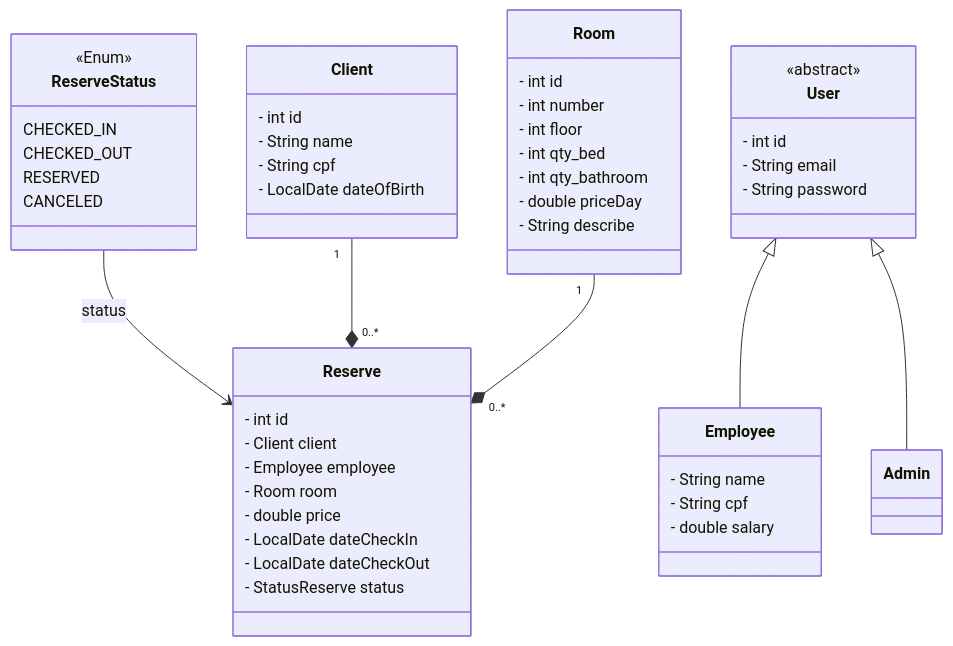
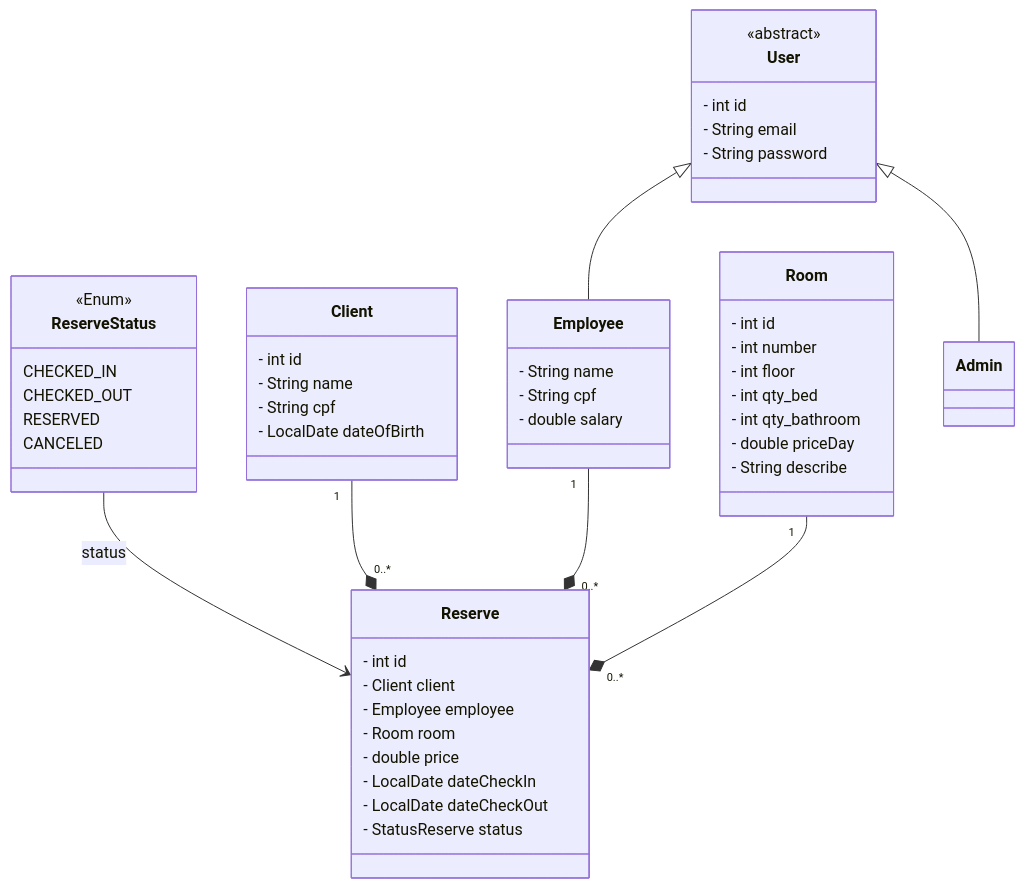
Before and after one commit to VzinCoder/lab-api-rest-nuvem-spring-dio: the diagram in README.md, drawn with Mermaid.

Commit message:
edir readme

````diff
--- a/README.md
+++ b/README.md
@@ -7,63 +7,64 @@
 ```mermaid
 classDiagram
     class Room {
         - int id
         - int number
         - int floor
         - int qty_bed
         - int qty_bathroom
         - double priceDay
         - String describe
     }
 
     class User {
         <<abstract>>
         - int id
         - String email
         - String password
     }
 
     class Employee {
         - String name
         - String cpf
         - double salary
      }
 
     class Client {
         - int id
         - String name
         - String cpf
         - LocalDate dateOfBirth
     }
 
 
    class  ReserveStatus {
         <<Enum>>
         CHECKED_IN
         CHECKED_OUT
         RESERVED
         CANCELED
     }
 
     class Reserve {
         - int id
         - Client client
         - Employee employee
         - Room room
         - double price
         - LocalDate dateCheckIn
         - LocalDate dateCheckOut
         - StatusReserve status
     }
 
 
 
 
 User <|-- Employee
 User <|-- Admin
 
 ReserveStatus --> Reserve:status
 
 Client "1" --*"0..*" Reserve
+Employee "1" --*"0..*" Reserve
 Room "1"--*"0..*" Reserve
 ```
````
